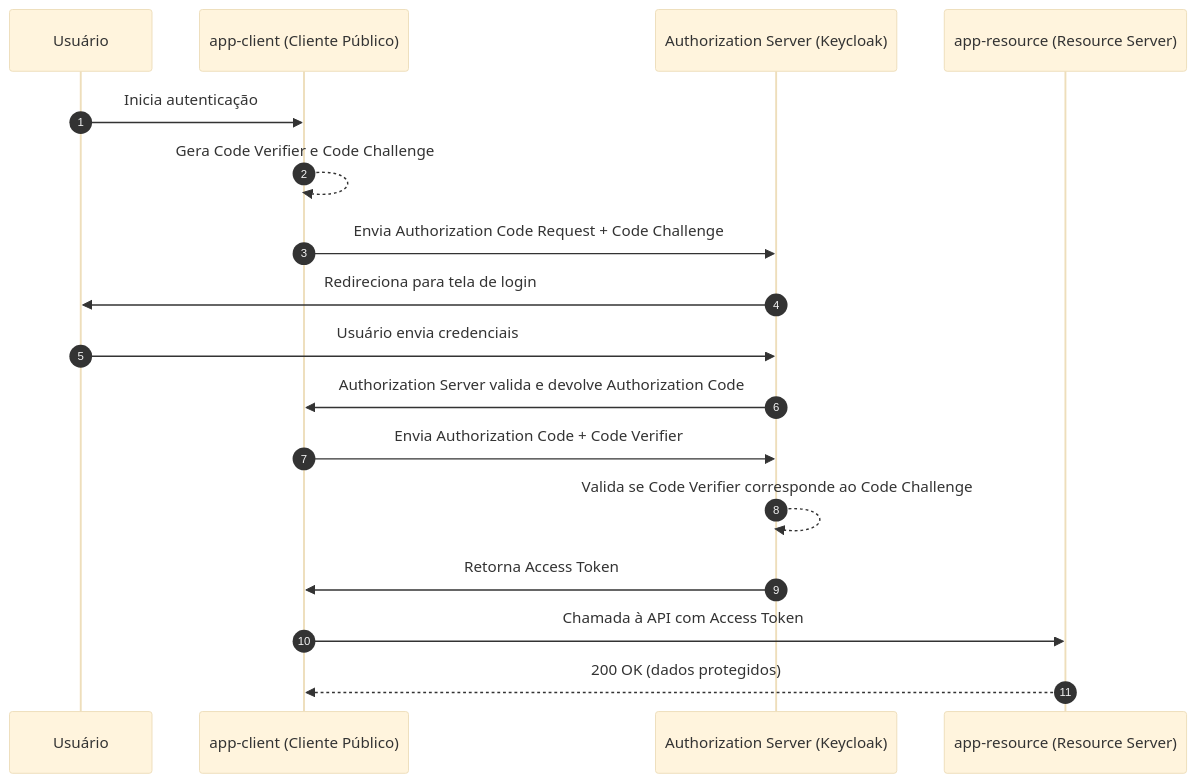
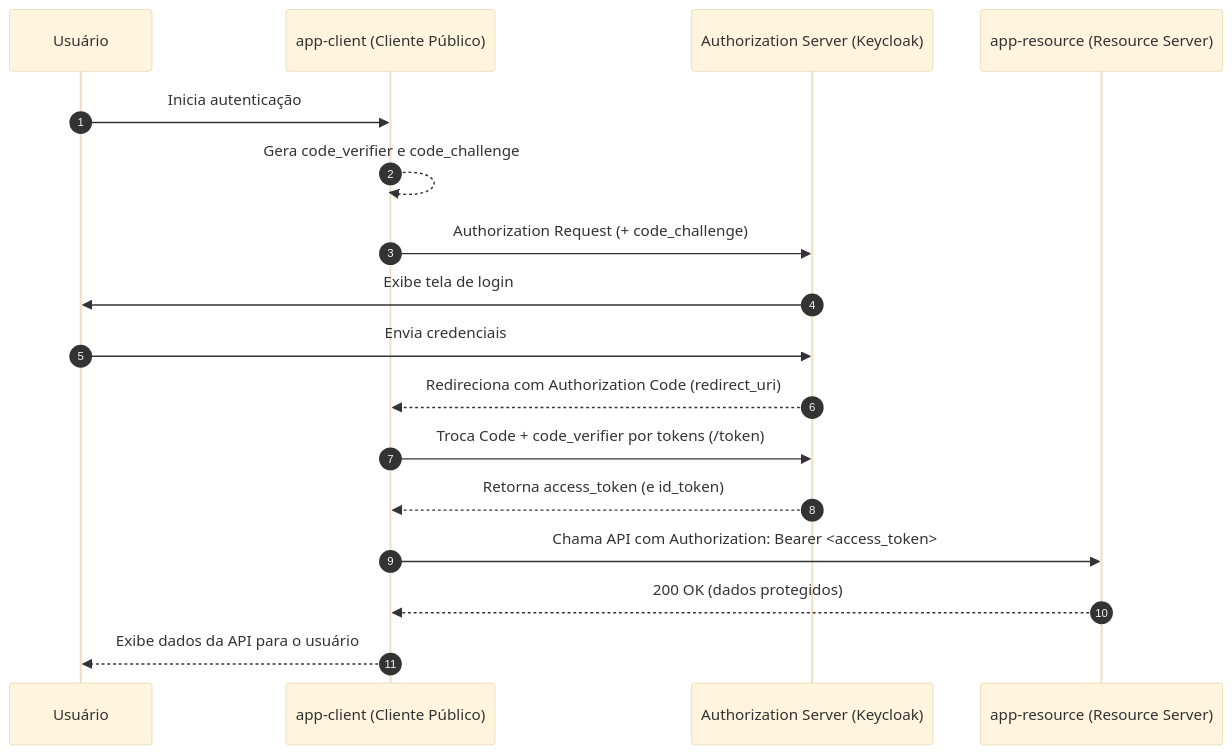
The diagram in README.md (ramiralvesmelo/code-flow-pkce), drawn with Mermaid (base theme) before and after one commit. The commit also changed other lines of this file, not shown here.

````diff
--- a/README.md
+++ b/README.md
@@ -17,20 +17,21 @@
 ```mermaid
 sequenceDiagram
   autonumber
   participant U as Usuário
   participant C as app-client (Cliente Público)
   participant AS as Authorization Server (Keycloak)
   participant R as app-resource (Resource Server)
 
   U->>C: Inicia autenticação
-  C-->>C: Gera Code Verifier e Code Challenge
-  C->>AS: Envia Authorization Code Request + Code Challenge
-  AS->>U: Redireciona para tela de login
-  U->>AS: Usuário envia credenciais
-  AS->>C: Authorization Server valida e devolve Authorization Code
-  C->>AS: Envia Authorization Code + Code Verifier
-  AS-->>AS: Valida se Code Verifier corresponde ao Code Challenge
-  AS->>C: Retorna Access Token
-  C->>R: Chamada à API com Access Token
+  C-->>C: Gera code_verifier e code_challenge
+  C->>AS: Authorization Request (+ code_challenge)
+  AS->>U: Exibe tela de login
+  U->>AS: Envia credenciais
+  AS-->>C: Redireciona com Authorization Code (redirect_uri)
+  C->>AS: Troca Code + code_verifier por tokens (/token)
+  AS-->>C: Retorna access_token (e id_token)
+  C->>R: Chama API com Authorization: Bearer <access_token>
   R-->>C: 200 OK (dados protegidos)
+  C-->>U: Exibe dados da API para o usuário
+
 ```
````
